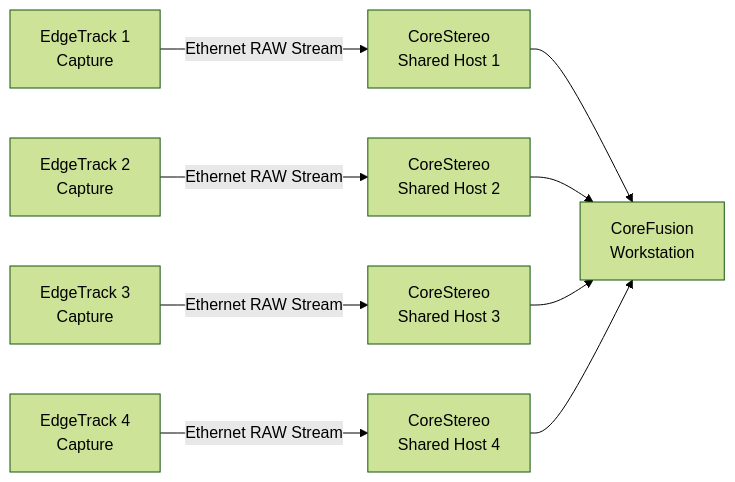
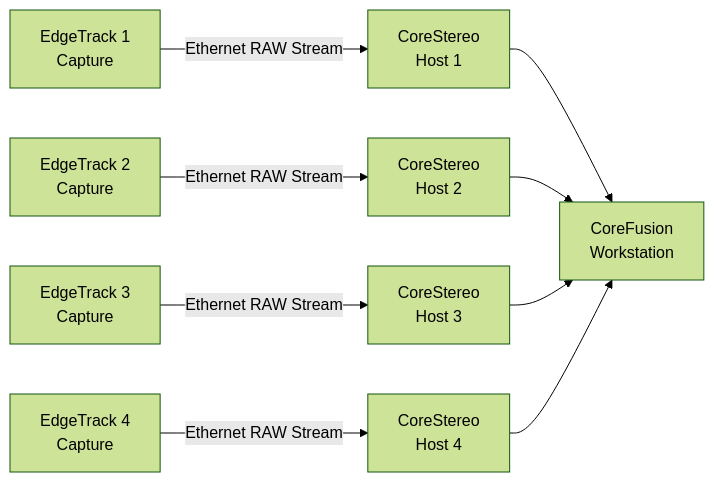
One commit to edgetrackorg/corestereo changed the third of 3 diagrams in README.md. Above: the diagram before and after it, drawn with Mermaid (forest theme). The commit also changed other lines of this file, not shown here.

````diff
--- a/README.md
+++ b/README.md
@@ -62,13 +62,13 @@
 ```mermaid
 flowchart LR
-    E1[EdgeTrack 1\nCapture] -->|Ethernet RAW Stream| C1[CoreStereo<br/>Shared Host 1]
-    E2[EdgeTrack 2\nCapture] -->|Ethernet RAW Stream| C2[CoreStereo<br/>Shared Host 2]
+    E1[EdgeTrack 1\nCapture] -->|Ethernet RAW Stream| C1[CoreStereo<br/>Host 1]
+    E2[EdgeTrack 2\nCapture] -->|Ethernet RAW Stream| C2[CoreStereo<br/>Host 2]
 
-    E3[EdgeTrack 3\nCapture] -->|Ethernet RAW Stream| C3[CoreStereo<br/>Shared Host 3]
-    E4[EdgeTrack 4\nCapture] -->|Ethernet RAW Stream| C4[CoreStereo<br/>Shared Host 4]   
+    E3[EdgeTrack 3\nCapture] -->|Ethernet RAW Stream| C3[CoreStereo<br/>Host 3]
+    E4[EdgeTrack 4\nCapture] -->|Ethernet RAW Stream| C4[CoreStereo<br/>Host 4]   
 
     C1 --> F[CoreFusion<br/>Workstation]
     C2 --> F
     C3 --> F
     C4 --> F
 ```
````
